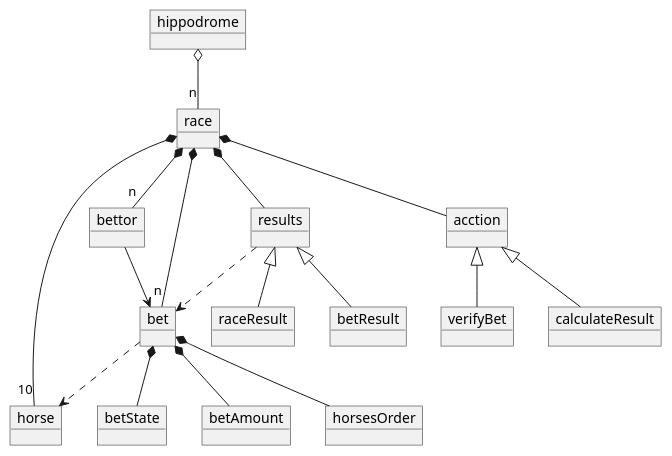
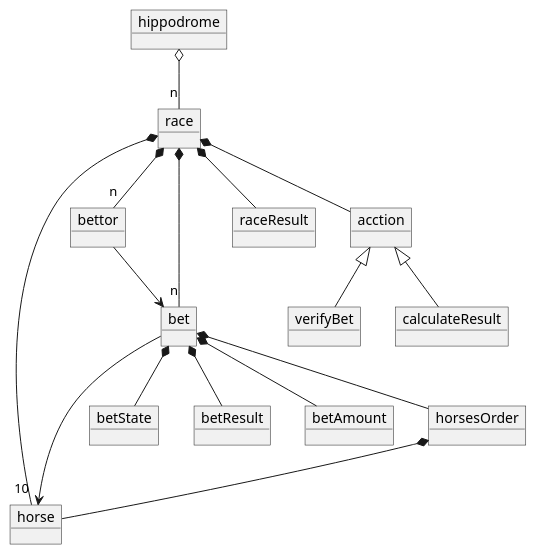
Before and after one commit to Gabs16TL/ApuestasHipodromo: the diagram in DomainDiagram/DomainDiagram.wsd, drawn with PlantUML.

Commit message:
Se refactorizó el Diagrama de Dominio

```diff
--- a/DomainDiagram/DomainDiagram.wsd
+++ b/DomainDiagram/DomainDiagram.wsd
@@ -1,40 +1,38 @@
 @startuml
 object hippodrome
 object race
 object horse
 object bettor
 object bet
 object betState
 object raceResult
 object betResult
 object betAmount
 object horsesOrder
 object verifyBet
 object calculateResult
-object results
 object acction
 
 hippodrome o-- "n"race
 race *-- "10"horse
 race *-- "n"bettor
 race*-- "n"bet
 
 bet *-- betState
 bet *-- betAmount
 bet *-- horsesOrder
 
-race *-- results
 race *-- acction
 
-results <|-- raceResult
-results <|-- betResult
+race *-- raceResult
+bet *-- betResult
 
 acction <|--verifyBet
 acction <|--calculateResult
 
 bettor --> bet
 
-bet ..> horse
+bet--> horse
 
-results ..>bet
+horsesOrder *-- horse
 @enduml
```
